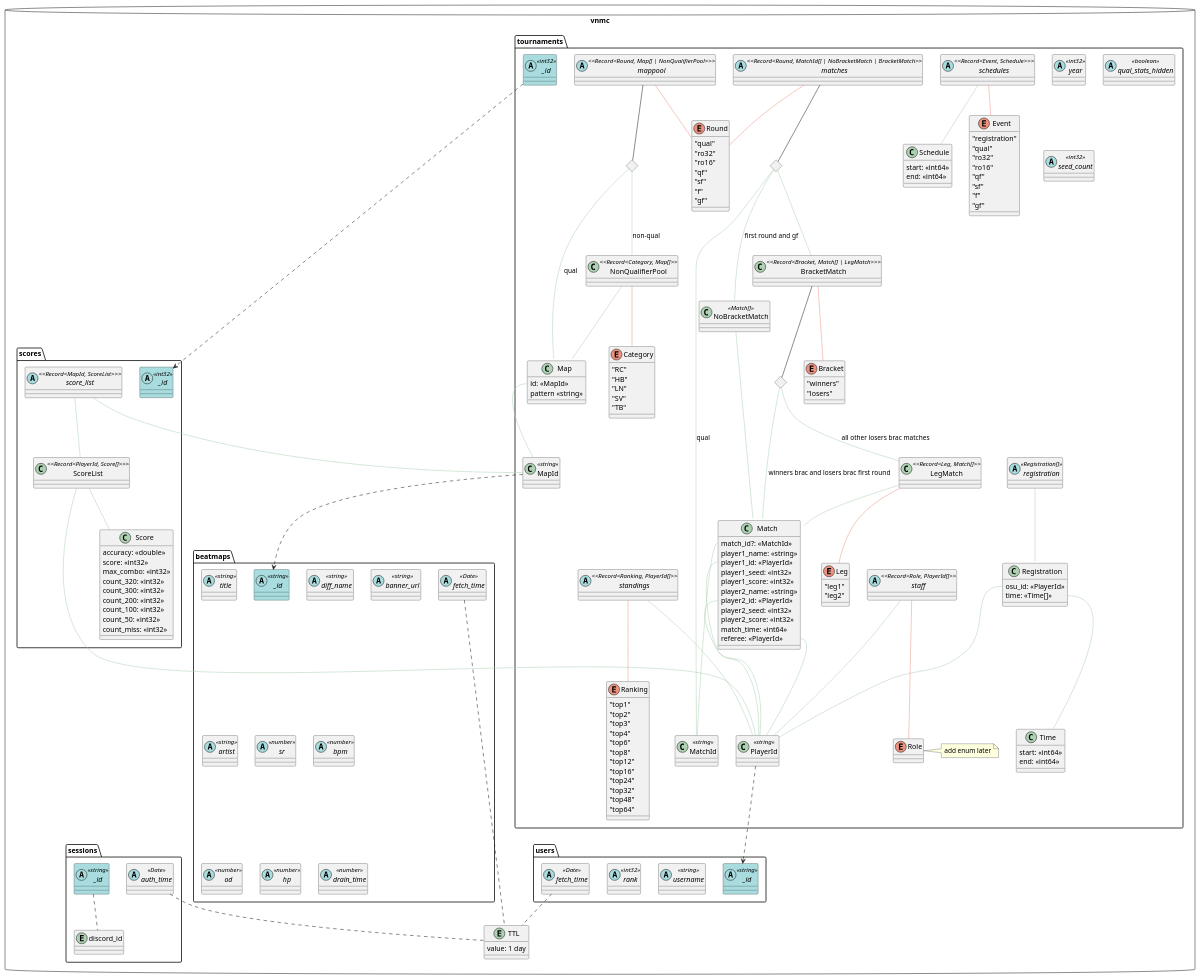
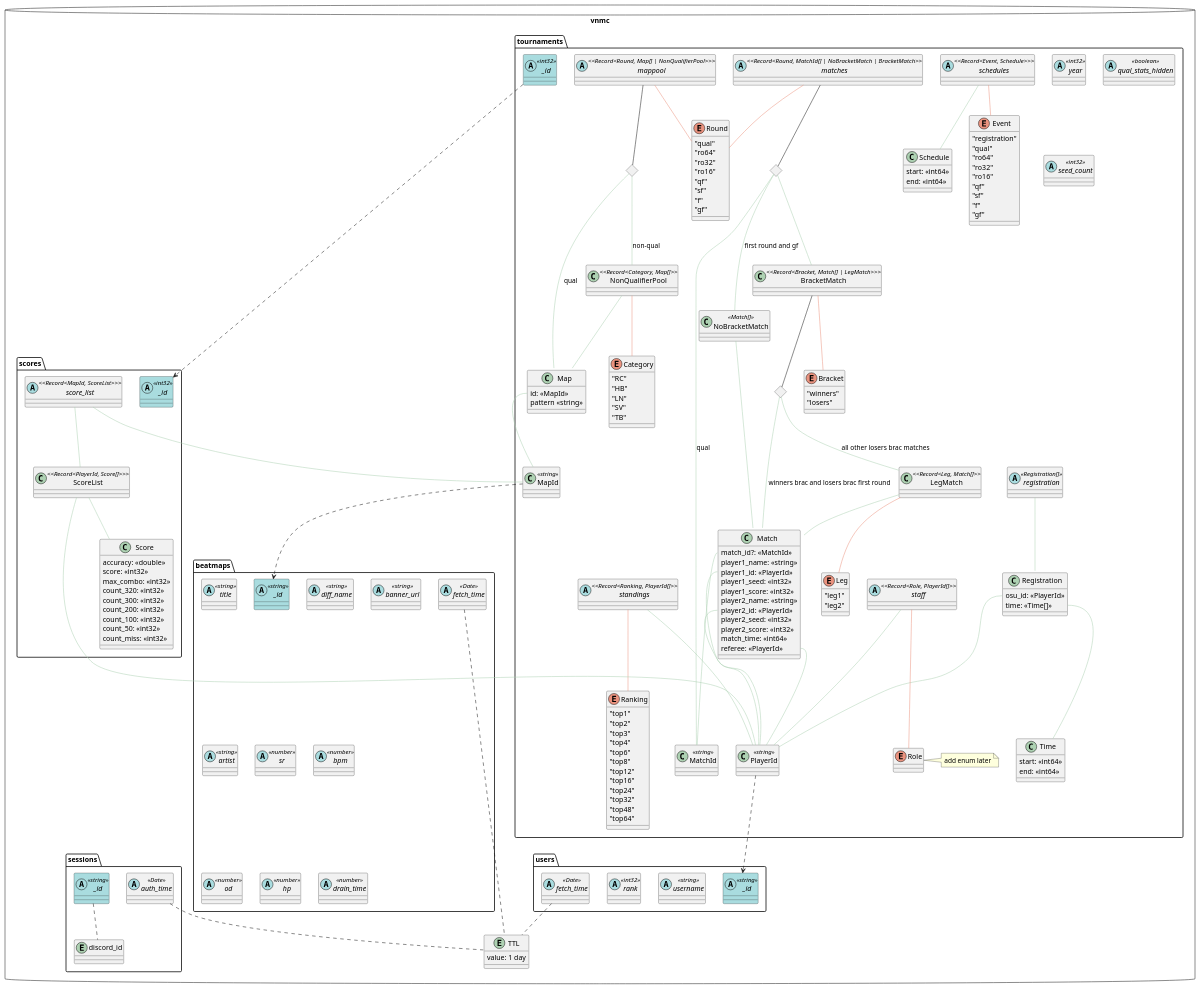
The diagram in bot-db-schema/schema.puml (vnmc-ecosystem/vnmc-designs), drawn with PlantUML before and after one commit. The commit also changed 1 other file, not shown here.

Commit message:
feat(schema + api spec): `ro64` in enums

```diff
--- a/bot-db-schema/schema.puml
+++ b/bot-db-schema/schema.puml
@@ -23,6 +23,7 @@
 		enum Event {
 			"registration"
 			"qual"
+			"ro64"
 			"ro32"
 			"ro16"
 			"qf"
@@ -45,6 +46,7 @@
 		class MapId <<string>>
 		enum Round {
 			"qual"
+			"ro64"
 			"ro32"
 			"ro16"
 			"qf"
```
